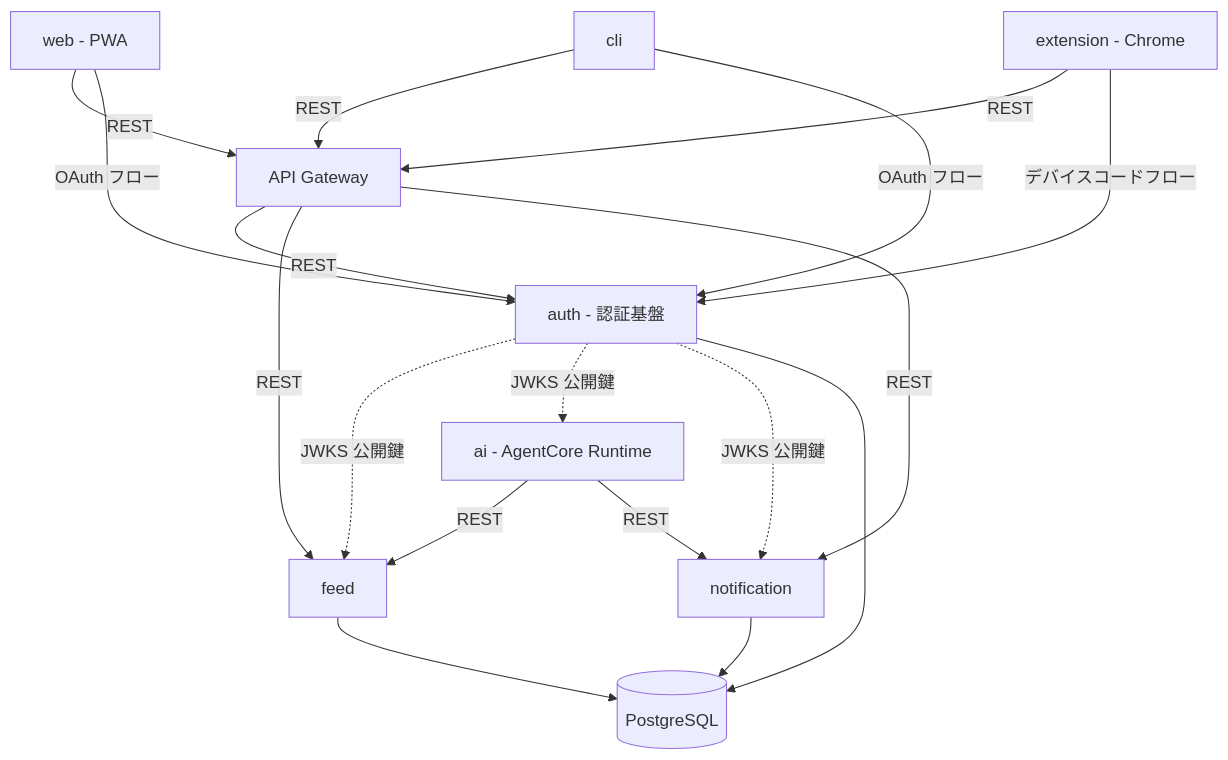
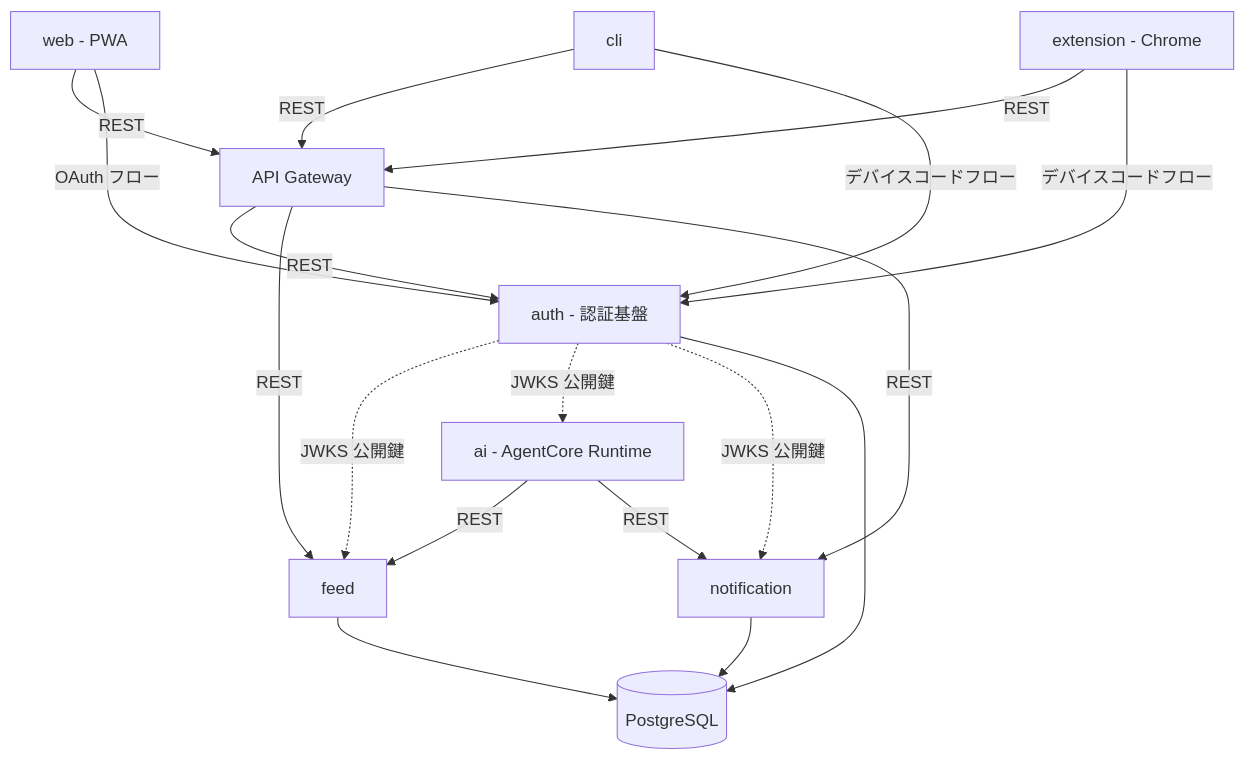
The first of 6 diagrams in docs/02.技術設計.md (sori883/bookmark-rss-tyoukan), drawn with Mermaid before and after one commit. The commit also changed other lines of this file and 7 other files, not shown here.

````diff
--- a/docs/02.技術設計.md
+++ b/docs/02.技術設計.md
@@ -12,25 +12,25 @@
 ```mermaid
 graph TD
     web[web - PWA] -->|REST| gw[API Gateway]
     cli[cli] -->|REST| gw
     ext[extension - Chrome] -->|REST| gw
 
     web -->|OAuth フロー| auth[auth - 認証基盤]
-    cli -->|OAuth フロー| auth
+    cli -->|デバイスコードフロー| auth
     ext -->|デバイスコードフロー| auth
 
     gw -->|REST| auth
     gw -->|REST| feed[feed]
     gw -->|REST| notification[notification]
 
     auth -.->|JWKS 公開鍵| feed
     auth -.->|JWKS 公開鍵| ai
     auth -.->|JWKS 公開鍵| notification
 
     ai[ai - AgentCore Runtime] -->|REST| feed
     ai -->|REST| notification
 
     auth --> db[(PostgreSQL)]
     feed --> db
     notification --> db
 ```
````
